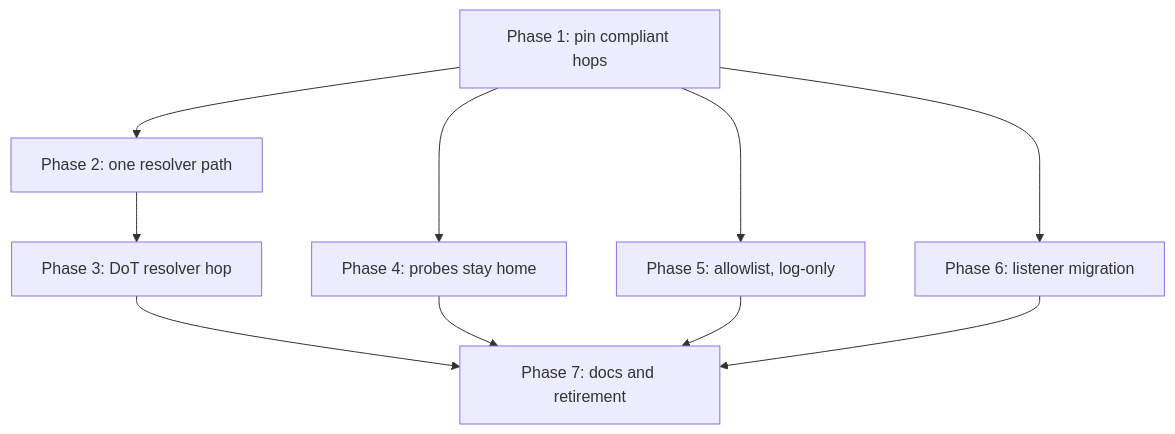
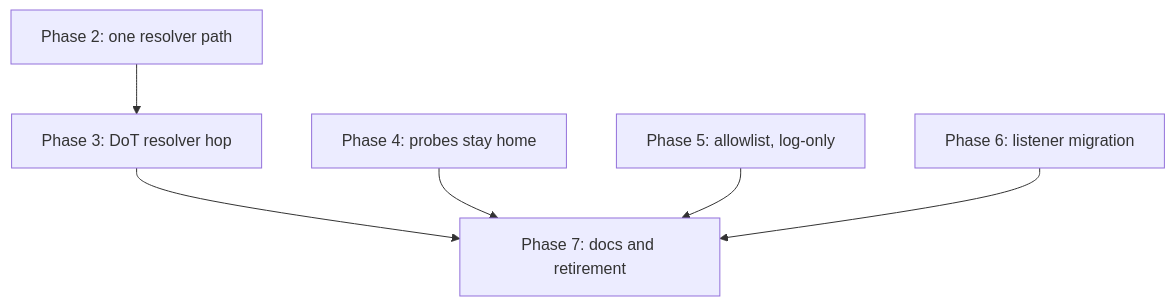
Before and after one commit to categoricalcat/nixos: the second of 2 diagrams in docs/src/plans/inter-host-mtls-plan.md, drawn with Mermaid. The commit also changed other lines of this file and 24 other files, not shown here.

````diff
--- a/docs/src/plans/inter-host-mtls-plan.md
+++ b/docs/src/plans/inter-host-mtls-plan.md
@@ -654,20 +774,15 @@
 ```mermaid
 flowchart TD
-    p1["Phase 1: pin compliant hops"]
     p2["Phase 2: one resolver path"]
     p3["Phase 3: DoT resolver hop"]
     p4["Phase 4: probes stay home"]
     p5["Phase 5: allowlist, log-only"]
     p6["Phase 6: listener migration"]
     p7["Phase 7: docs and retirement"]
 
-    p1 --> p2
     p2 --> p3
-    p1 --> p4
-    p1 --> p5
-    p1 --> p6
     p3 --> p7
     p4 --> p7
     p5 --> p7
     p6 --> p7
 ```
````
